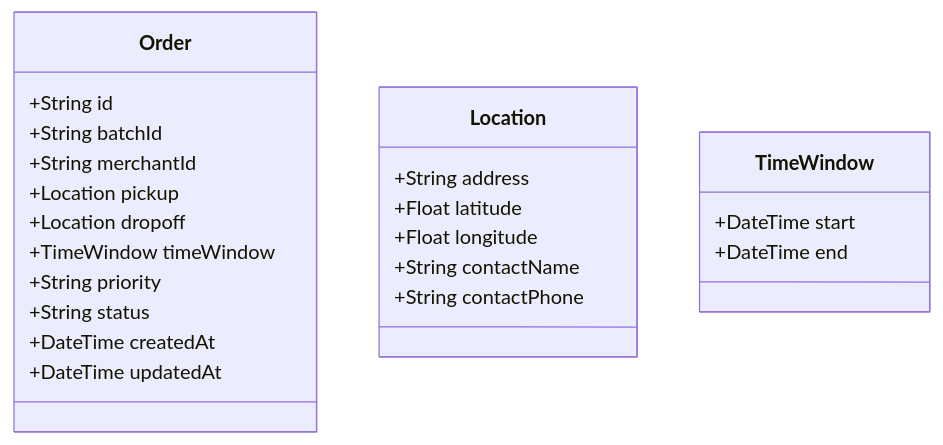
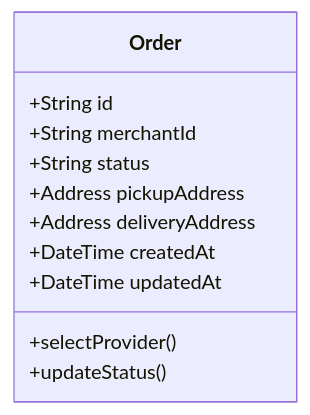
Before and after one commit to Dolpheyn/antar: the first of 2 diagrams in docs/tech/specs/data/index.md, drawn with Mermaid. The commit also changed other lines of this file and 17 other files, not shown here.

````diff
--- a/docs/tech/specs/data/index.md
+++ b/docs/tech/specs/data/index.md
@@ -6,28 +6,14 @@
 ```mermaid
 classDiagram
     class Order {
         +String id
-        +String batchId
         +String merchantId
-        +Location pickup
-        +Location dropoff
-        +TimeWindow timeWindow
-        +String priority
         +String status
+        +Address pickupAddress
+        +Address deliveryAddress
         +DateTime createdAt
         +DateTime updatedAt
-    }
-
-    class Location {
-        +String address
-        +Float latitude
-        +Float longitude
-        +String contactName
-        +String contactPhone
-    }
-
-    class TimeWindow {
-        +DateTime start
-        +DateTime end
+        +selectProvider()
+        +updateStatus()
     }
 ```
````
